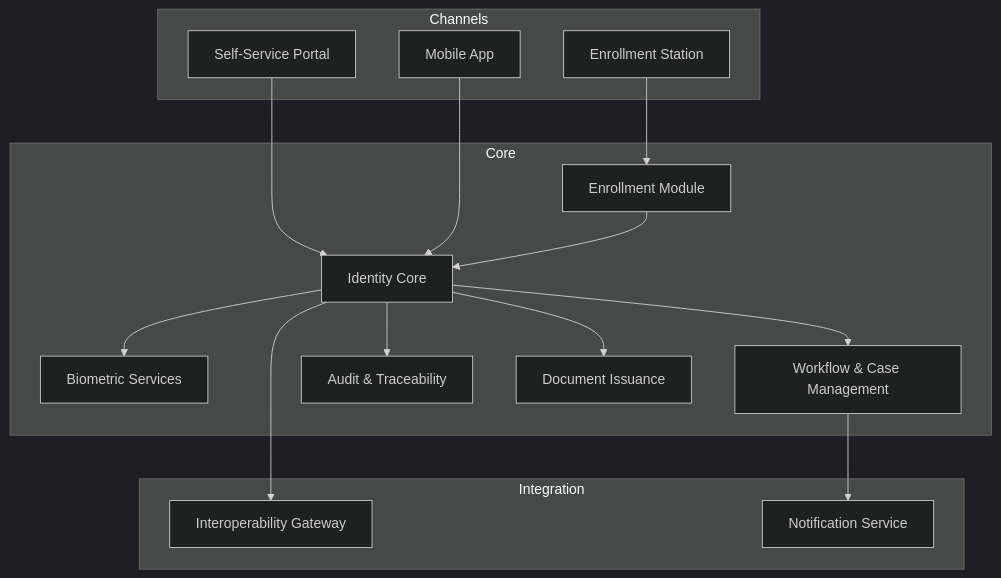
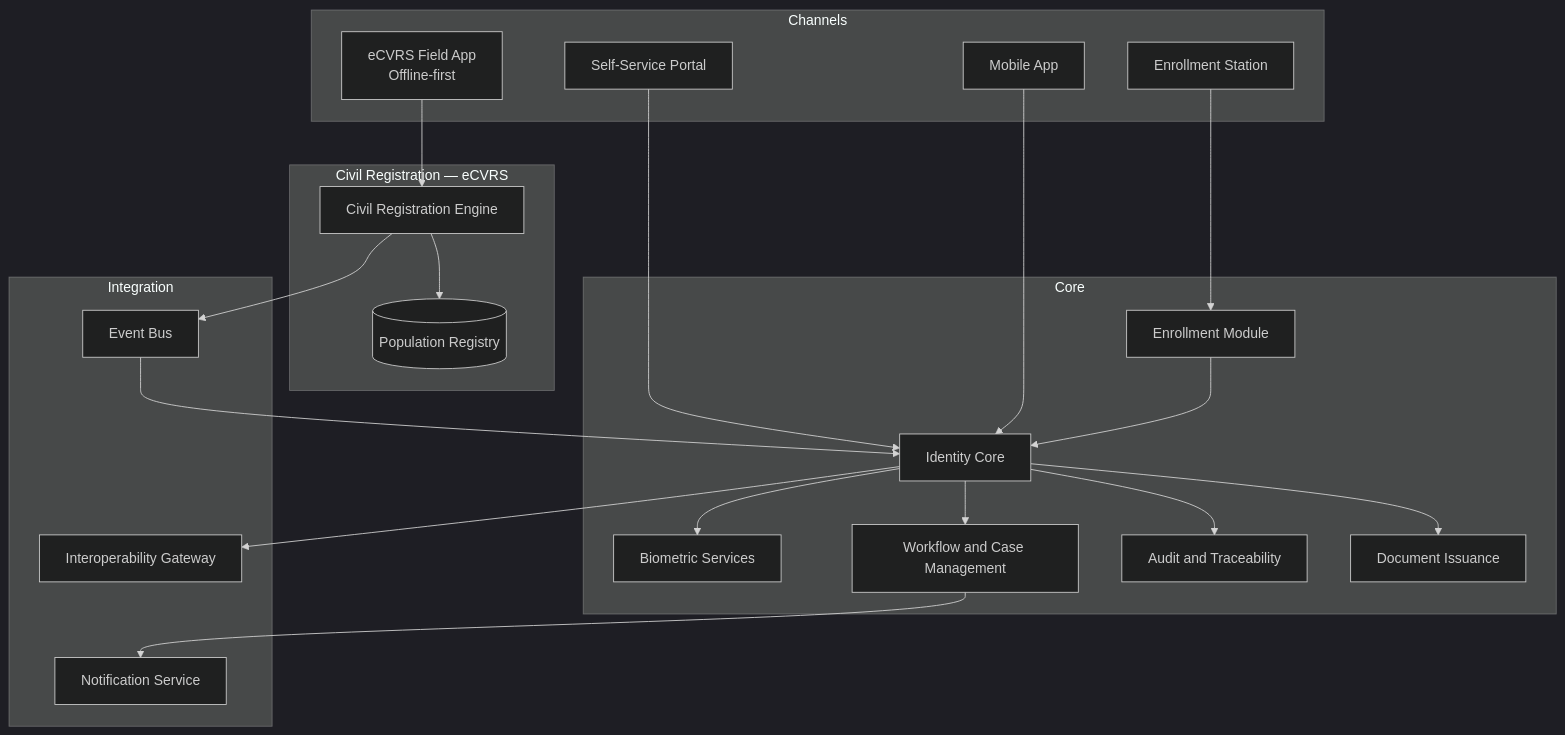
One commit to Mouad2589/digital-identity-architecture-blueprint changed the second of 3 diagrams in docs/modules.md. Above: the diagram before and after it, drawn with Mermaid (dark theme). The commit also changed other lines of this file and 9 other files, not shown here.

First line of the commit message:
Adds eCVRS and offline-first civil registration documentation

````diff
--- a/docs/modules.md
+++ b/docs/modules.md
@@ -73,33 +94,45 @@
 ```mermaid
 flowchart TB
     subgraph Channels
         Portal[Self-Service Portal]
         EnrollStation[Enrollment Station]
         MobileApp[Mobile App]
+        FieldApp[eCVRS Field App\nOffline-first]
+    end
+
+    subgraph CivilReg["Civil Registration — eCVRS"]
+        CivEngine[Civil Registration Engine]
+        PopRegistry[(Population Registry)]
     end
 
     subgraph Core
         EnrollModule[Enrollment Module]
         IdentityCore[Identity Core]
         BiometricsSvc[Biometric Services]
-        WorkflowEngine[Workflow & Case Management]
-        AuditModule[Audit & Traceability]
+        WorkflowEngine[Workflow and Case Management]
+        AuditModule[Audit and Traceability]
         DocumentIssuance[Document Issuance]
     end
 
     subgraph Integration
         InteropGW[Interoperability Gateway]
         NotificationSvc[Notification Service]
+        EventBus[Event Bus]
     end
 
     Portal --> IdentityCore
     EnrollStation --> EnrollModule
     MobileApp --> IdentityCore
     EnrollModule --> IdentityCore
     IdentityCore --> BiometricsSvc
     IdentityCore --> WorkflowEngine
     IdentityCore --> AuditModule
     IdentityCore --> DocumentIssuance
     IdentityCore --> InteropGW
     WorkflowEngine --> NotificationSvc
+
+    FieldApp --> CivEngine
+    CivEngine --> PopRegistry
+    CivEngine --> EventBus
+    EventBus --> IdentityCore
 ```
````
